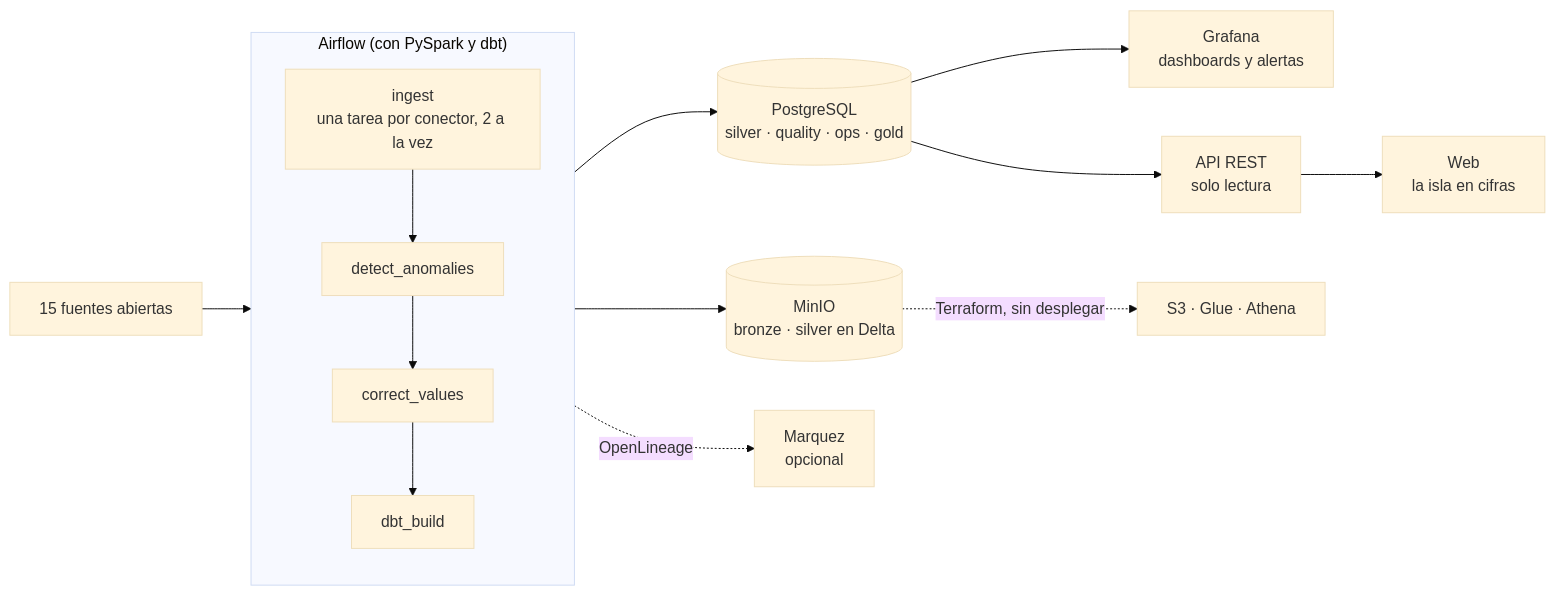
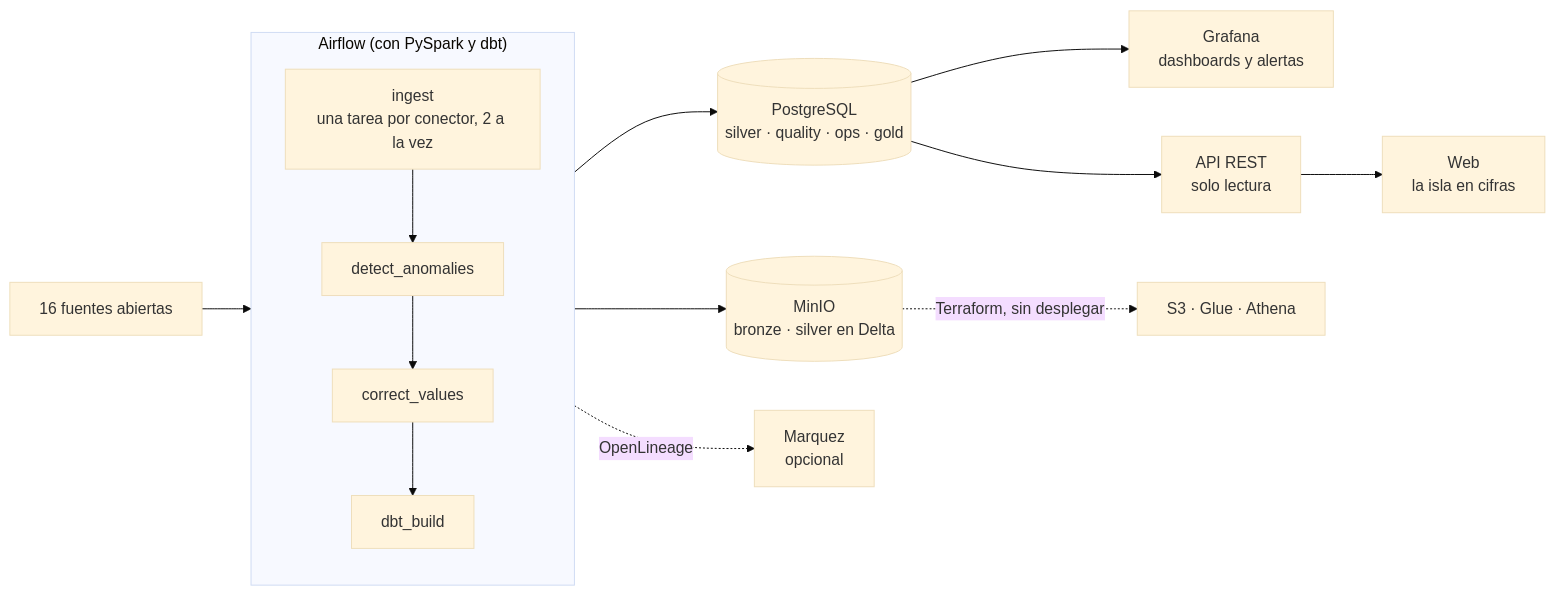
Before and after one commit to AlexandreColl/MallorcaDataPlatform: the first of 2 diagrams in docs/architecture.md, drawn with Mermaid (base theme). The commit also changed 26 other files, not shown here.

````diff
--- a/docs/architecture.md
+++ b/docs/architecture.md
@@ -28,14 +28,14 @@
 ```mermaid
 flowchart LR
-    SRC["15 fuentes abiertas"] --> AF
+    SRC["16 fuentes abiertas"] --> AF
     subgraph AF["Airflow (con PySpark y dbt)"]
         direction TB
         ING["ingest<br/>una tarea por conector, 2 a la vez"] --> DET[detect_anomalies] --> COR[correct_values] --> DBT[dbt_build]
     end
     AF --> MINIO[("MinIO<br/>bronze · silver en Delta")]
     AF --> PG[("PostgreSQL<br/>silver · quality · ops · gold")]
     PG --> GF["Grafana<br/>dashboards y alertas"]
     PG --> API["API REST<br/>solo lectura"] --> WEB["Web<br/>la isla en cifras"]
     AF -.->|OpenLineage| MQ["Marquez<br/>opcional"]
     MINIO -.->|"Terraform, sin desplegar"| AWS["S3 · Glue · Athena"]
 ```
````
